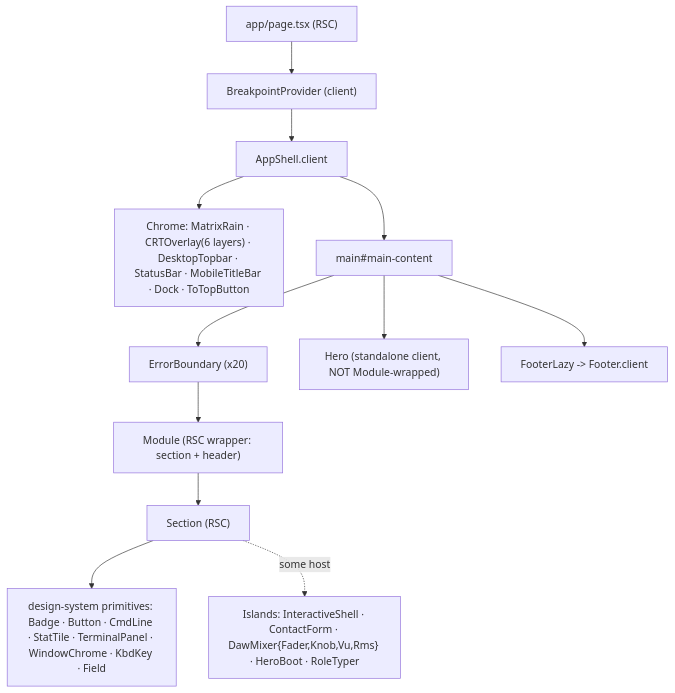
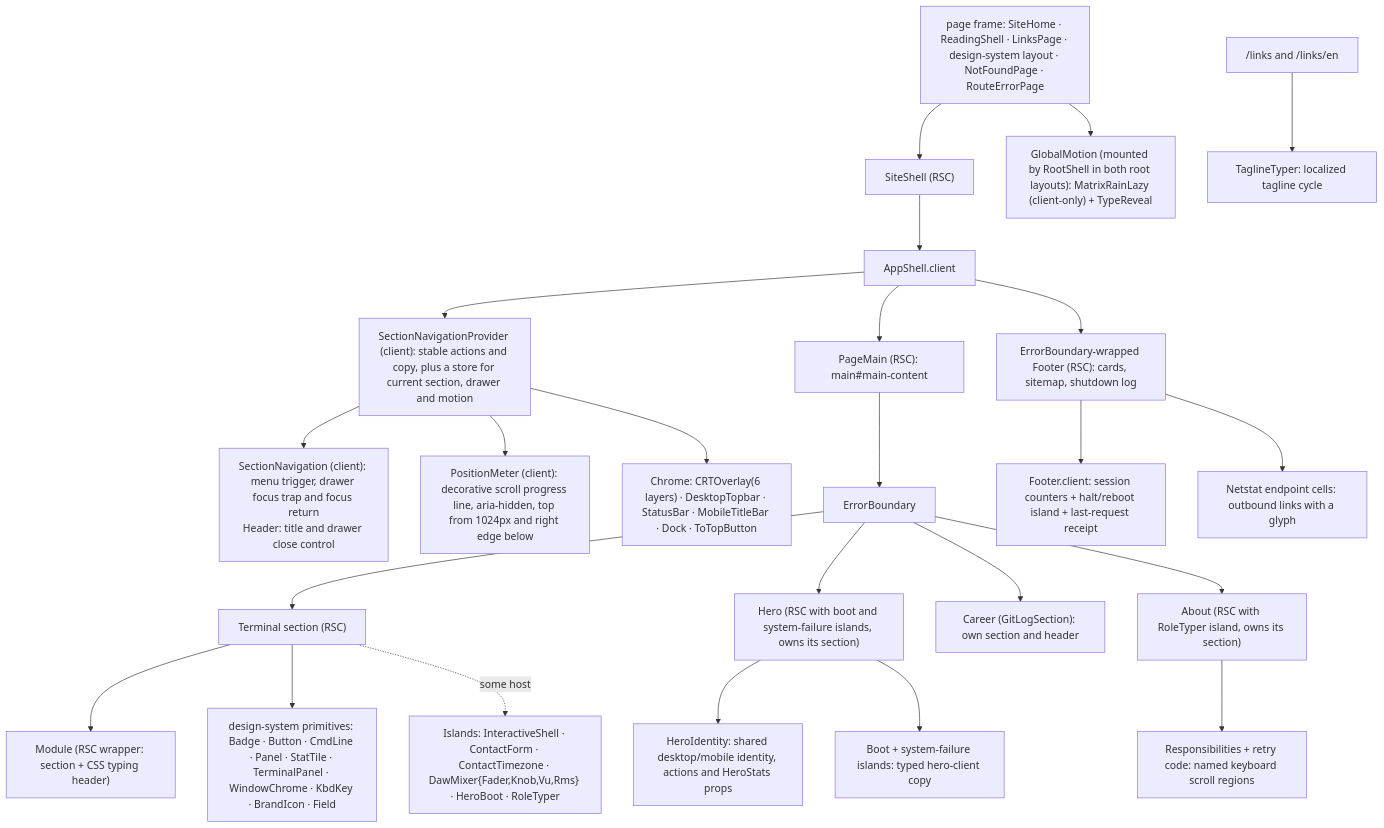
One commit to erikunha/portfolio changed the first of 2 diagrams in docs/04-components-and-state.md. Above: the diagram before and after it, drawn with Mermaid. The commit also changed other lines of this file and 1307 other files, not shown here.

````diff
--- a/docs/04-components-and-state.md
+++ b/docs/04-components-and-state.md
@@ -22,14 +32,25 @@
 ```mermaid
 flowchart TD
-    page["app/page.tsx (RSC)"] --> bp["BreakpointProvider (client)"]
-    bp --> shell["AppShell.client"]
-    shell --> chrome["Chrome: MatrixRain · CRTOverlay(6 layers) · DesktopTopbar · StatusBar · MobileTitleBar · Dock · ToTopButton"]
-    shell --> main["main#main-content"]
-    main --> eb["ErrorBoundary (x20)"]
-    eb --> mod["Module (RSC wrapper: section + header)"]
-    mod --> sec["Section (RSC)"]
-    sec --> dsp["design-system primitives: Badge · Button · CmdLine · StatTile · TerminalPanel · WindowChrome · KbdKey · Field"]
-    sec -. some host .-> isl["Islands: InteractiveShell · ContactForm · DawMixer{Fader,Knob,Vu,Rms} · HeroBoot · RoleTyper"]
-    main --> hero["Hero (standalone client, NOT Module-wrapped)"]
-    main --> fl["FooterLazy -> Footer.client"]
+    page["page frame: SiteHome · ReadingShell · LinksPage · design-system layout · NotFoundPage · RouteErrorPage"] --> siteshell["SiteShell (RSC)"] --> shell["AppShell.client"]
+    shell --> navigation["SectionNavigationProvider (client): stable actions and copy, plus a store for current section, drawer and motion"]
+    navigation --> rail["SectionNavigation (client): menu trigger, drawer focus trap and focus return<br/>Header: title and drawer close control"]
+    navigation --> position["PositionMeter (client): decorative scroll progress line, aria-hidden, top from 1024px and right edge below"]
+    navigation --> chrome["Chrome: CRTOverlay(6 layers) · DesktopTopbar · StatusBar · MobileTitleBar · Dock · ToTopButton"]
+    page --> gm["GlobalMotion (mounted by RootShell in both root layouts): MatrixRainLazy (client-only) + TypeReveal"]
+    shell --> main["PageMain (RSC): main#main-content"]
+    main --> eb["ErrorBoundary"]
+    eb --> sec["Terminal section (RSC)"]
+    sec --> mod["Module (RSC wrapper: section + CSS typing header)"]
+    sec --> dsp["design-system primitives: Badge · Button · CmdLine · Panel · StatTile · TerminalPanel · WindowChrome · KbdKey · BrandIcon · Field"]
+    sec -. some host .-> isl["Islands: InteractiveShell · ContactForm · ContactTimezone · DawMixer{Fader,Knob,Vu,Rms} · HeroBoot · RoleTyper"]
+    eb --> hero["Hero (RSC with boot and system-failure islands, owns its section)"]
+    hero --> identity["HeroIdentity: shared desktop/mobile identity, actions and HeroStats props"]
+    hero --> clientcopy["Boot + system-failure islands: typed hero-client copy"]
+    eb --> career["Career (GitLogSection): own section and header"]
+    eb --> about["About (RSC with RoleTyper island, owns its section)"]
+    about --> scroll["Responsibilities + retry code: named keyboard scroll regions"]
+    shell --> fl["ErrorBoundary-wrapped Footer (RSC): cards, sitemap, shutdown log"]
+    fl --> fi["Footer.client: session counters + halt/reboot island + last-request receipt"]
+    fl --> fc["Netstat endpoint cells: outbound links with a glyph"]
+    links["/links and /links/en"] --> tagline["TaglineTyper: localized tagline cycle"]
 ```
````
